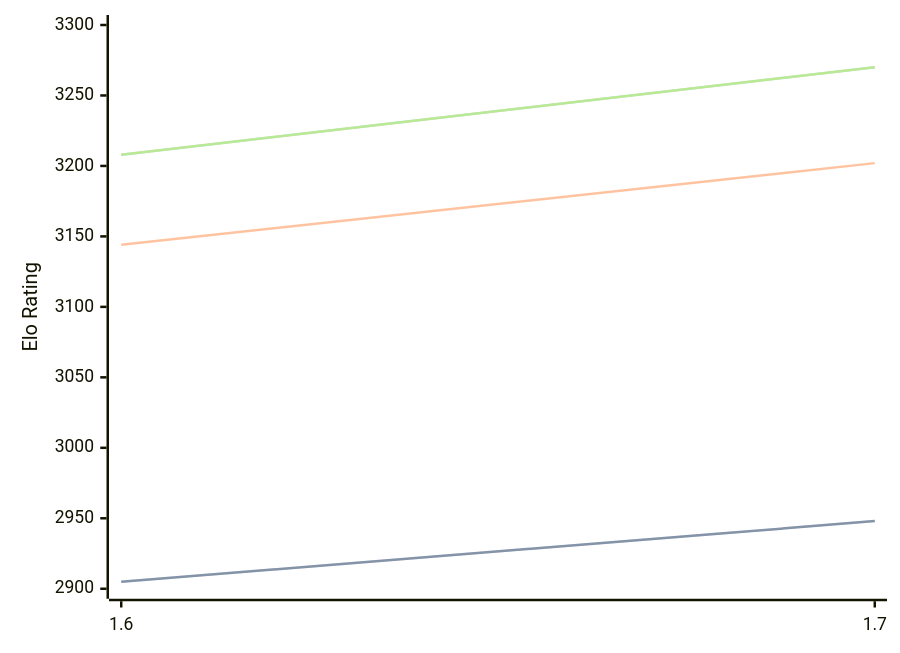
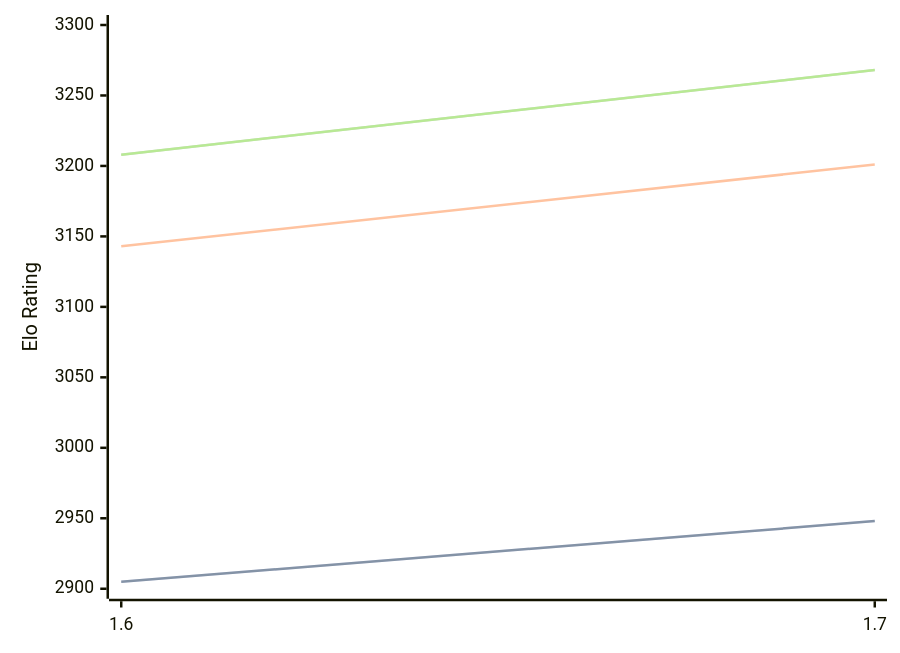
The diagram in engines/Bitbit.md (computer-chess-index/cci), drawn with Mermaid before and after one commit. The commit also changed other lines of this file, not shown here.

Commit message:
Update CCI Ratings (ELO VLTC) - 2026-09-01

````diff
--- a/engines/Bitbit.md
+++ b/engines/Bitbit.md
@@ -32,11 +32,11 @@
 ```mermaid
 %%{init: {"theme":"base","themeVariables":{"seriesColors:['#a3a3a3','#222221','#faa371']}}}%%
 xychart-beta
   x-axis ["1.6", "1.7"]
   y-axis "Elo Rating" 2900 --> 3300
   line "" [2905, 2948]
   line "STC (8.0+0.08s)" [2905, 2948]
-  line "LTC (60.0+0.60s)" [3144, 3202]
-  line "" [3208, 3270]
-  line "VLTC (2m24s+1.12s)" [3208, 3270]
+  line "LTC (60.0+0.60s)" [3143, 3201]
+  line "" [3208, 3268]
+  line "VLTC (2m24s+1.12s)" [3208, 3268]
 ```
````
